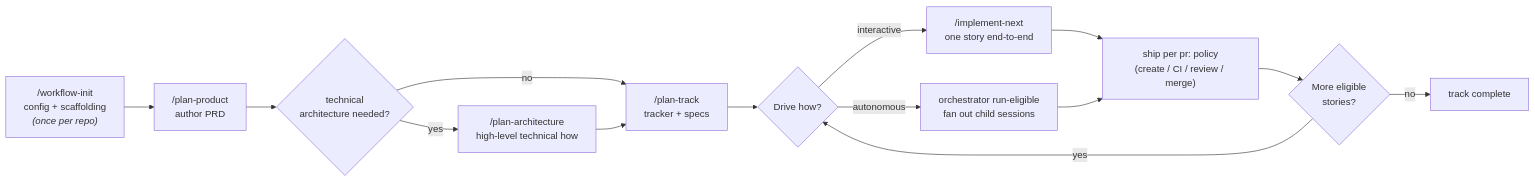
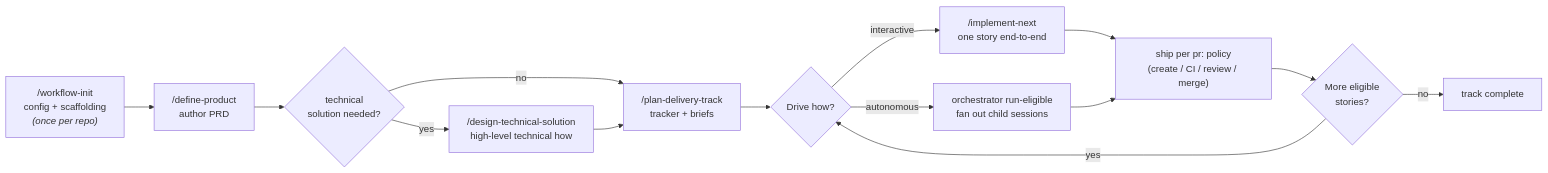
The second of 2 diagrams in README.md (aryeko/agentic-workflow-kit), drawn with Mermaid before and after one commit. The commit also changed other lines of this file and 96 other files, not shown here.

````diff
--- a/README.md
+++ b/README.md
@@ -47,16 +47,16 @@
 ```mermaid
 flowchart LR
-  A["/workflow-init<br/>config + scaffolding<br/><i>(once per repo)</i>"] --> B["/plan-product<br/>author PRD"]
-  B --> C{"technical<br/>architecture needed?"}
-  C -->|yes| D["/plan-architecture<br/>high-level technical how"]
-  C -->|no| E["/plan-track<br/>tracker + specs"]
+  A["/workflow-init<br/>config + scaffolding<br/><i>(once per repo)</i>"] --> B["/define-product<br/>author PRD"]
+  B --> C{"technical<br/>solution needed?"}
+  C -->|yes| D["/design-technical-solution<br/>high-level technical how"]
+  C -->|no| E["/plan-delivery-track<br/>tracker + briefs"]
   D --> E
   E --> F{Drive how?}
   F -->|interactive| G["/implement-next<br/>one story end-to-end"]
   F -->|autonomous| H["orchestrator run-eligible<br/>fan out child sessions"]
   G --> I["ship per pr: policy<br/>(create / CI / review / merge)"]
   H --> I
   I --> J{More eligible<br/>stories?}
   J -->|yes| F
   J -->|no| K["track complete"]
 ```
````
